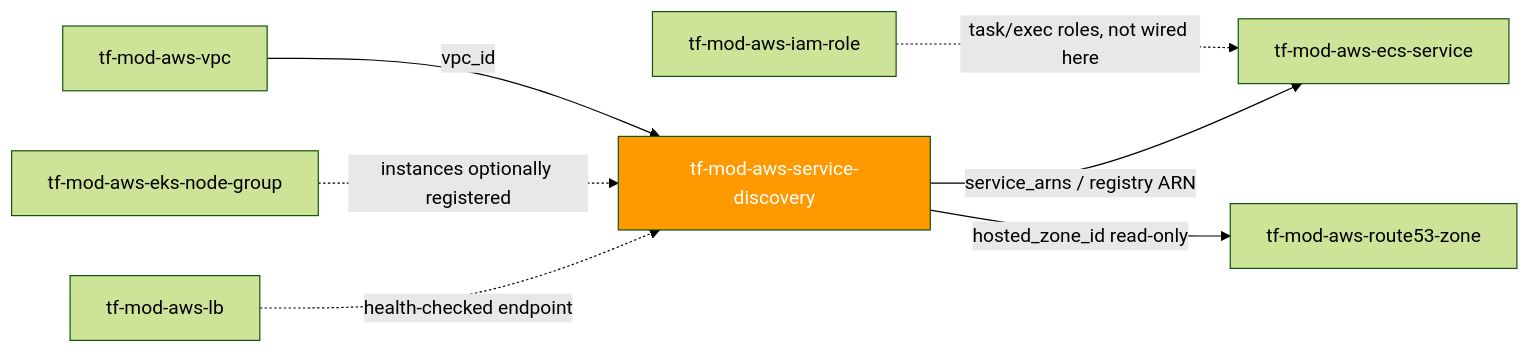
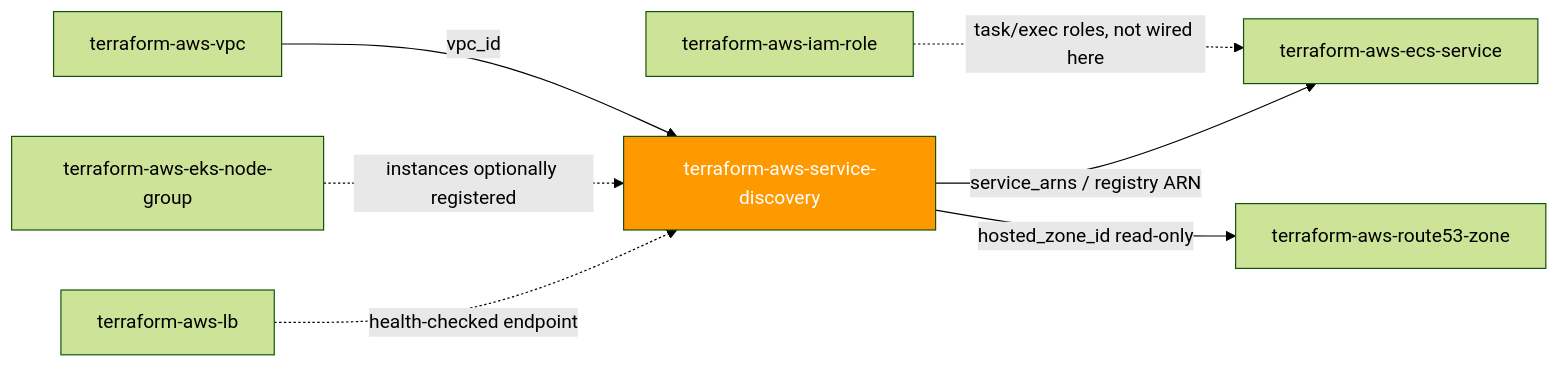
The first of 2 diagrams in README.md (microsoftexpert/terraform-aws-service-discovery), drawn with Mermaid (forest theme) before and after one commit. The commit also changed other lines of this file and 3 other files, not shown here.

````diff
--- a/README.md
+++ b/README.md
@@ -50,11 +50,11 @@
 ```mermaid
 flowchart LR
- VPC["tf-mod-aws-vpc"] -->|vpc_id| SD["tf-mod-aws-service-discovery"]
- IAM["tf-mod-aws-iam-role"] -.->|task/exec roles, not wired here| ECS
- SD -->|service_arns / registry ARN| ECS["tf-mod-aws-ecs-service"]
- SD -->|hosted_zone_id read-only| R53["tf-mod-aws-route53-zone"]
- EKS["tf-mod-aws-eks-node-group"] -.->|instances optionally registered| SD
- LB["tf-mod-aws-lb"] -.->|health-checked endpoint| SD
+ VPC["terraform-aws-vpc"] -->|vpc_id| SD["terraform-aws-service-discovery"]
+ IAM["terraform-aws-iam-role"] -.->|task/exec roles, not wired here| ECS
+ SD -->|service_arns / registry ARN| ECS["terraform-aws-ecs-service"]
+ SD -->|hosted_zone_id read-only| R53["terraform-aws-route53-zone"]
+ EKS["terraform-aws-eks-node-group"] -.->|instances optionally registered| SD
+ LB["terraform-aws-lb"] -.->|health-checked endpoint| SD
 
  style SD fill:#FF9900,color:#fff
 ```
````
